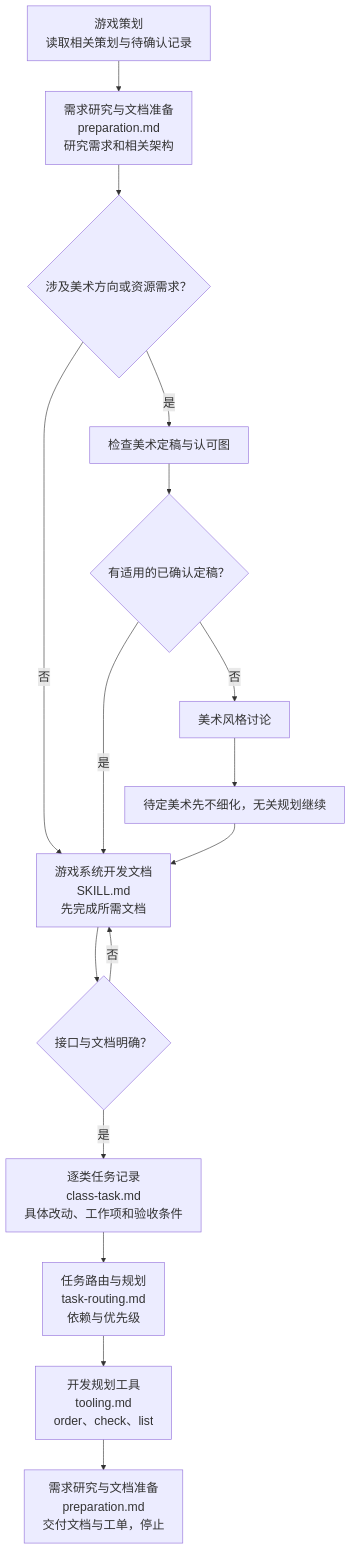
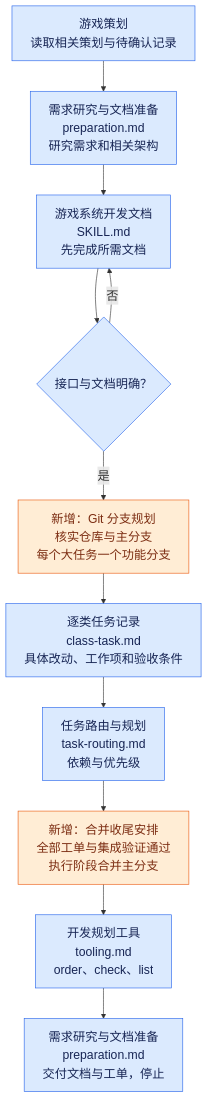
The diagram in game-system-development-planning/SKILL.md (229196637/game-development-skills), drawn with Mermaid before and after one commit. The commit also changed other lines of this file and 75 other files, not shown here.

````diff
--- a/game-system-development-planning/SKILL.md
+++ b/game-system-development-planning/SKILL.md
@@ -18,28 +22,25 @@
 ```mermaid
 %%{init: {"themeVariables": {"fontSize": "20px"}, "flowchart": {"wrappingWidth": 340}}}%%
 flowchart TD
   Design["游戏策划<br/>读取相关策划与待确认记录"] --> Research
-  Research["需求研究与文档准备<br/>preparation.md<br/>研究需求和相关架构"] --> ArtNeed{涉及美术方向或资源需求？}
-  ArtNeed -->|否| Docs["游戏系统开发文档<br/>SKILL.md<br/>先完成所需文档"]
-  ArtNeed -->|是| Direction[检查美术定稿与认可图]
-  Direction --> ArtReady{有适用的已确认定稿？}
-  ArtReady -->|是| Docs
-  ArtReady -->|否| ArtTalk[美术风格讨论]
-  ArtTalk --> Split[待定美术先不细化，无关规划继续]
-  Split --> Docs
+  Research["需求研究与文档准备<br/>preparation.md<br/>研究需求和相关架构"] --> Docs["游戏系统开发文档<br/>SKILL.md<br/>先完成所需文档"]
   Docs --> Ready{"接口与文档明确？"}
   Ready -->|否| Docs
-  Ready -->|是| Task["逐类任务记录<br/>class-task.md<br/>具体改动、工作项和验收条件"]
+  Ready -->|是| Git["新增：Git 分支规划<br/>核实仓库与主分支<br/>每个大任务一个功能分支"]
+  Git --> Task["逐类任务记录<br/>class-task.md<br/>具体改动、工作项和验收条件"]
   Task --> Route["任务路由与规划<br/>task-routing.md<br/>依赖与优先级"]
-  Route --> Check["开发规划工具<br/>tooling.md<br/>order、check、list"]
+  Route --> Merge["新增：合并收尾安排<br/>全部工单与集成验证通过<br/>执行阶段合并主分支"]
+  Merge --> Check["开发规划工具<br/>tooling.md<br/>order、check、list"]
   Check --> Deliver["需求研究与文档准备<br/>preparation.md<br/>交付文档与工单，停止"]
+  classDef existing fill:#dbeafe,stroke:#2563eb,color:#172554
+  classDef added fill:#ffedd5,stroke:#ea580c,color:#7c2d12
+  class Design,Research,Docs,Ready,Task,Route,Check,Deliver existing
+  class Git,Merge added
   click Research "references/workflows/preparation.md"
   click Design "../game-system-design/SKILL.md"
-  click Direction "../game-art-style-discussion/references/tooling.md"
-  click ArtTalk "../game-art-style-discussion/SKILL.md"
   click Docs "../game-system-development-documentation/SKILL.md"
   click Task "references/contracts/class-task.md"
   click Route "references/workflows/task-routing.md"
   click Check "references/tooling.md"
   click Deliver "references/workflows/preparation.md"
 ```
````
